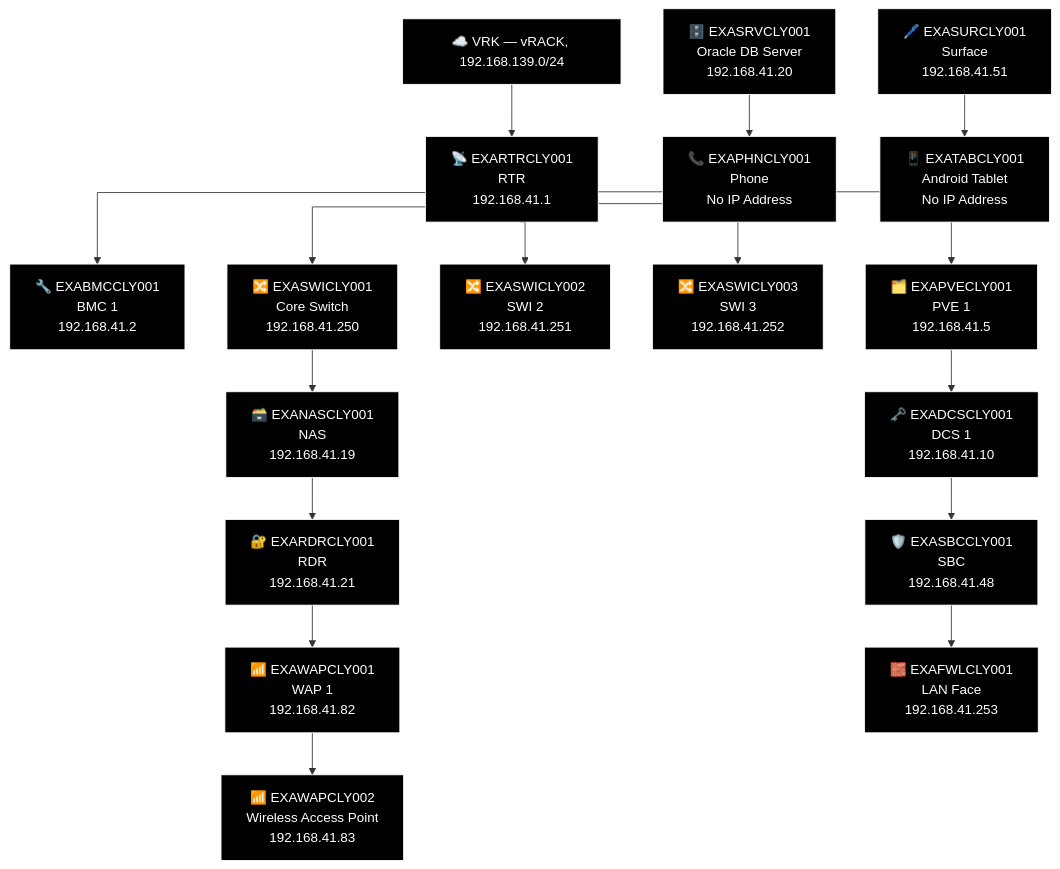
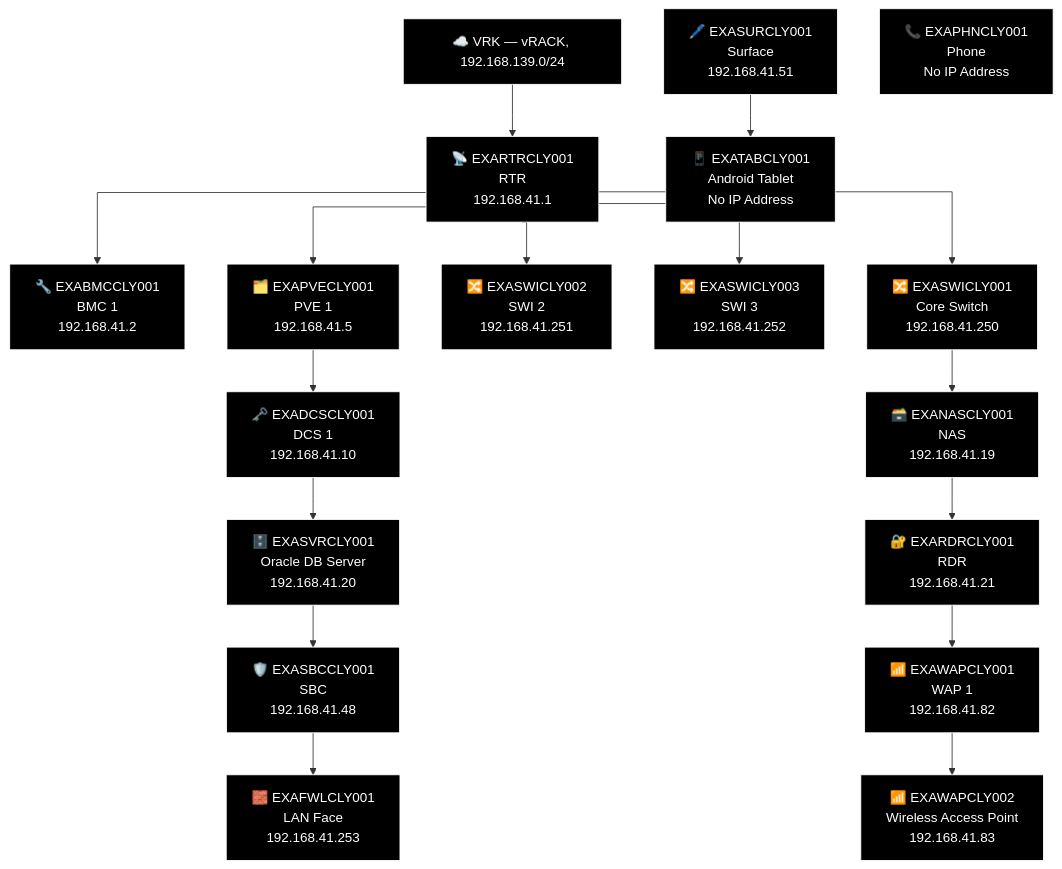
Diagram 12 of 21 in docs/network-diagram/scotland.md (knightmare2600/example_music_infra), drawn with Mermaid before and after one commit. The commit also changed other lines of this file and 44 other files, not shown here.

````diff
--- a/docs/network-diagram/scotland.md
+++ b/docs/network-diagram/scotland.md
@@ -721,52 +721,51 @@
 ```mermaid
 %% GENERATED:TOPOLOGY:CLY:START
 %%{init: {'flowchart': {'curve': 'stepAfter'}}}%%
 graph TD
     T_VRK["☁️ VRK — vRACK, 192.168.139.0/24"]
     T_RTR["📡 EXARTRCLY001<br/>RTR<br/>192.168.41.1"]
     T_VRK --> T_RTR
     T_BMC["🔧 EXABMCCLY001<br/>BMC 1<br/>192.168.41.2"]
     T_RTR --> T_BMC
     T_PVE["🗂️ EXAPVECLY001<br/>PVE 1<br/>192.168.41.5"]
     T_RTR --> T_PVE
     T_SWI["🔀 EXASWICLY002<br/>SWI 2<br/>192.168.41.251"]
     T_RTR --> T_SWI
     T_SWI2["🔀 EXASWICLY003<br/>SWI 3<br/>192.168.41.252"]
     T_RTR --> T_SWI2
     T_SWI3["🔀 EXASWICLY001<br/>Core Switch<br/>192.168.41.250"]
     T_RTR --> T_SWI3
     T_NAS["🗃️ EXANASCLY001<br/>NAS<br/>192.168.41.19"]
     T_RDR["🔐 EXARDRCLY001<br/>RDR<br/>192.168.41.21"]
     T_WAP["📶 EXAWAPCLY001<br/>WAP 1<br/>192.168.41.82"]
     T_WAP2["📶 EXAWAPCLY002<br/>Wireless Access Point<br/>192.168.41.83"]
     T_SWI3 --> T_NAS --> T_RDR --> T_WAP --> T_WAP2
     T_DCS["🗝️ EXADCSCLY001<br/>DCS 1<br/>192.168.41.10"]
+    T_SVR["🗄️ EXASVRCLY001<br/>Oracle DB Server<br/>192.168.41.20"]
     T_SBC["🛡️ EXASBCCLY001<br/>SBC<br/>192.168.41.48"]
     T_FWL["🧱 EXAFWLCLY001<br/>LAN Face<br/>192.168.41.253"]
-    T_PVE --> T_DCS --> T_SBC --> T_FWL
-    T_SRV["🗄️ EXASRVCLY001<br/>Oracle DB Server<br/>192.168.41.20"]
+    T_PVE --> T_DCS --> T_SVR --> T_SBC --> T_FWL
     T_SUR["🖊️ EXASURCLY001<br/>Surface<br/>192.168.41.51"]
     T_PHN["📞 EXAPHNCLY001<br/>Phone<br/>No IP Address"]
     T_TAB["📱 EXATABCLY001<br/>Android Tablet<br/>No IP Address"]
-    T_SRV --> T_PHN
     T_SUR --> T_TAB
     style T_VRK fill:#000000,stroke:#FFFFFF,color:#FFFFFF
     style T_RTR fill:#000000,stroke:#FFFFFF,color:#FFFFFF
     style T_BMC fill:#000000,stroke:#FFFFFF,color:#FFFFFF
     style T_PVE fill:#000000,stroke:#FFFFFF,color:#FFFFFF
     style T_SWI fill:#000000,stroke:#FFFFFF,color:#FFFFFF
     style T_SWI2 fill:#000000,stroke:#FFFFFF,color:#FFFFFF
     style T_SWI3 fill:#000000,stroke:#FFFFFF,color:#FFFFFF
     style T_NAS fill:#000000,stroke:#FFFFFF,color:#FFFFFF
     style T_RDR fill:#000000,stroke:#FFFFFF,color:#FFFFFF
     style T_WAP fill:#000000,stroke:#FFFFFF,color:#FFFFFF
     style T_WAP2 fill:#000000,stroke:#FFFFFF,color:#FFFFFF
     style T_DCS fill:#000000,stroke:#FFFFFF,color:#FFFFFF
+    style T_SVR fill:#000000,stroke:#FFFFFF,color:#FFFFFF
     style T_SBC fill:#000000,stroke:#FFFFFF,color:#FFFFFF
     style T_FWL fill:#000000,stroke:#FFFFFF,color:#FFFFFF
-    style T_SRV fill:#000000,stroke:#FFFFFF,color:#FFFFFF
     style T_SUR fill:#000000,stroke:#FFFFFF,color:#FFFFFF
     style T_PHN fill:#000000,stroke:#FFFFFF,color:#FFFFFF
     style T_TAB fill:#000000,stroke:#FFFFFF,color:#FFFFFF
 %% GENERATED:TOPOLOGY:CLY:END
 ```
````
